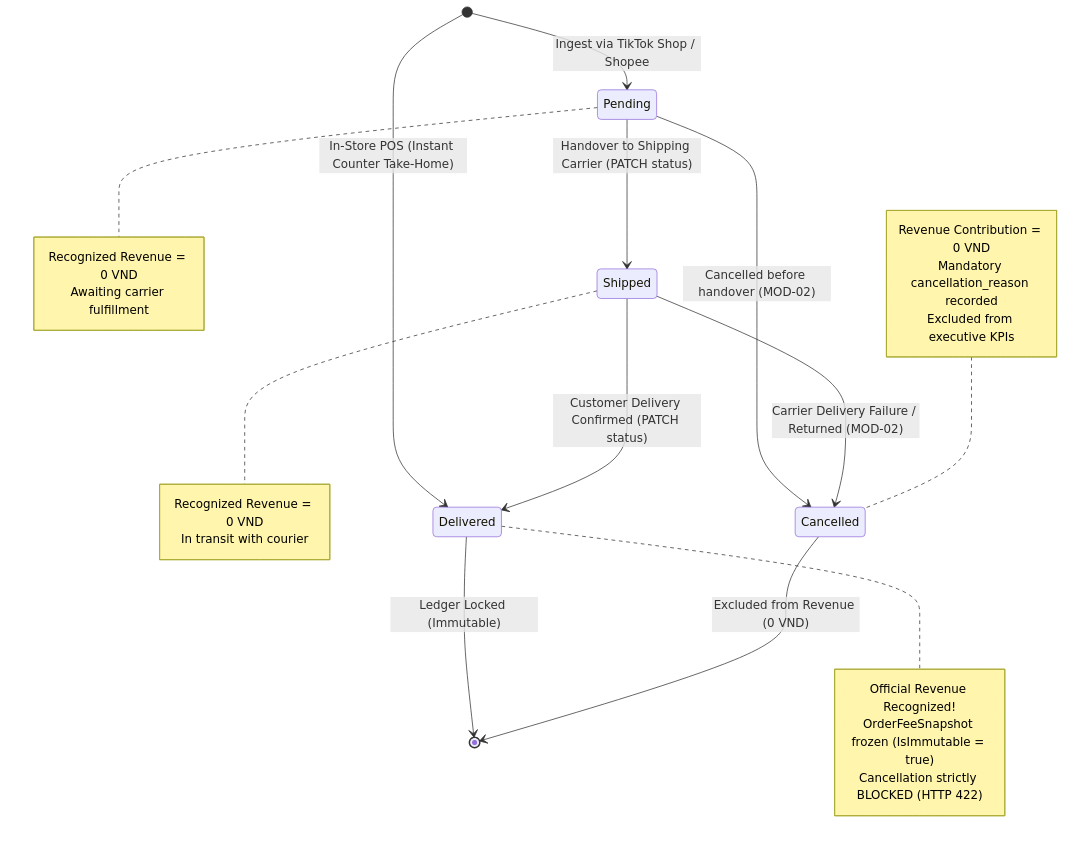
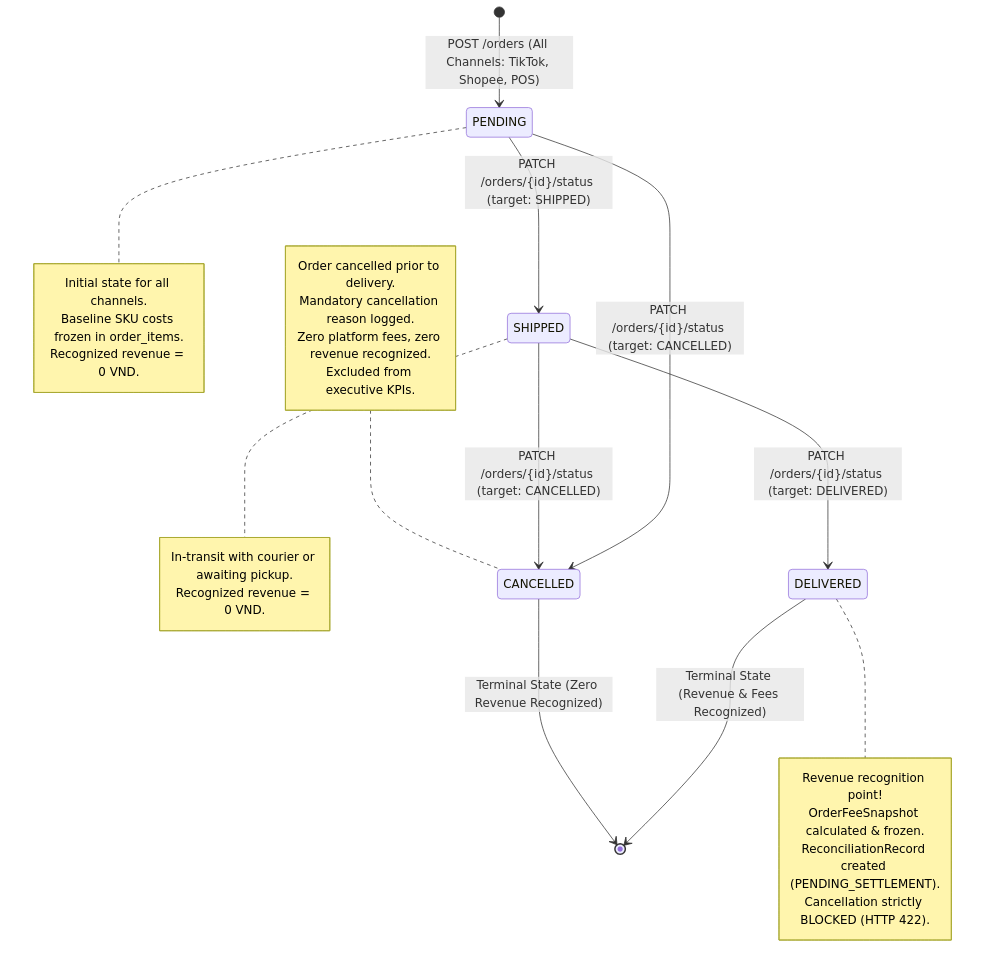
The first of 3 diagrams in docs/architecture/state_diagrams_en.md (duchoa0405/Quanly_DoanhThu_LoiNhuan_DangDucHoa_VSF), drawn with Mermaid before and after one commit. The commit also changed other lines of this file and 15 other files, not shown here.

Commit message:
architecture Done class diagrams, sequence, state diagram

````diff
--- a/docs/architecture/state_diagrams_en.md
+++ b/docs/architecture/state_diagrams_en.md
@@ -17,38 +25,40 @@
 ```mermaid
 stateDiagram-v2
     direction TB
 
-    [*] --> Pending : Ingest via TikTok Shop / Shopee
-    [*] --> Delivered : In-Store POS (Instant Counter Take-Home)
+    [*] --> PENDING : POST /orders (All Channels: TikTok, Shopee, POS)
 
-    Pending --> Shipped : Handover to Shipping Carrier (PATCH status)
-    Pending --> Cancelled : Cancelled before handover (MOD-02)
+    PENDING --> SHIPPED : PATCH /orders/{id}/status (target: SHIPPED)
+    PENDING --> CANCELLED : PATCH /orders/{id}/status (target: CANCELLED)
 
-    Shipped --> Delivered : Customer Delivery Confirmed (PATCH status)
-    Shipped --> Cancelled : Carrier Delivery Failure / Returned (MOD-02)
+    SHIPPED --> DELIVERED : PATCH /orders/{id}/status (target: DELIVERED)
+    SHIPPED --> CANCELLED : PATCH /orders/{id}/status (target: CANCELLED)
 
-    Delivered --> [*] : Ledger Locked (Immutable)
-    Cancelled --> [*] : Excluded from Revenue (0 VND)
+    DELIVERED --> [*] : Terminal State (Revenue & Fees Recognized)
+    CANCELLED --> [*] : Terminal State (Zero Revenue Recognized)
 
-    note right of Pending
-        Recognized Revenue = 0 VND
-        Awaiting carrier fulfillment
+    note right of PENDING
+        Initial state for all channels.
+        Baseline SKU costs frozen in order_items.
+        Recognized revenue = 0 VND.
     end note
 
-    note right of Shipped
-        Recognized Revenue = 0 VND
-        In transit with courier
+    note right of SHIPPED
+        In-transit with courier or awaiting pickup.
+        Recognized revenue = 0 VND.
     end note
 
-    note right of Delivered
-        Official Revenue Recognized!
-        OrderFeeSnapshot frozen (IsImmutable = true)
-        Cancellation strictly BLOCKED (HTTP 422)
+    note right of DELIVERED
+        Revenue recognition point!
+        OrderFeeSnapshot calculated & frozen.
+        ReconciliationRecord created (PENDING_SETTLEMENT).
+        Cancellation strictly BLOCKED (HTTP 422).
     end note
 
-    note left of Cancelled
-        Revenue Contribution = 0 VND
-        Mandatory cancellation_reason recorded
-        Excluded from executive KPIs
+    note left of CANCELLED
+        Order cancelled prior to delivery.
+        Mandatory cancellation reason logged.
+        Zero platform fees, zero revenue recognized.
+        Excluded from executive KPIs.
     end note
 ```
````
